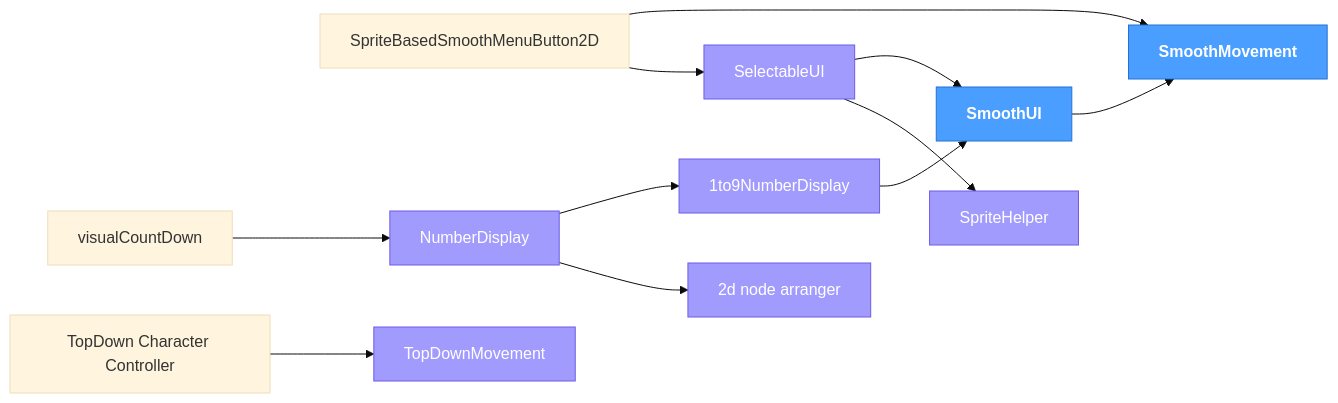
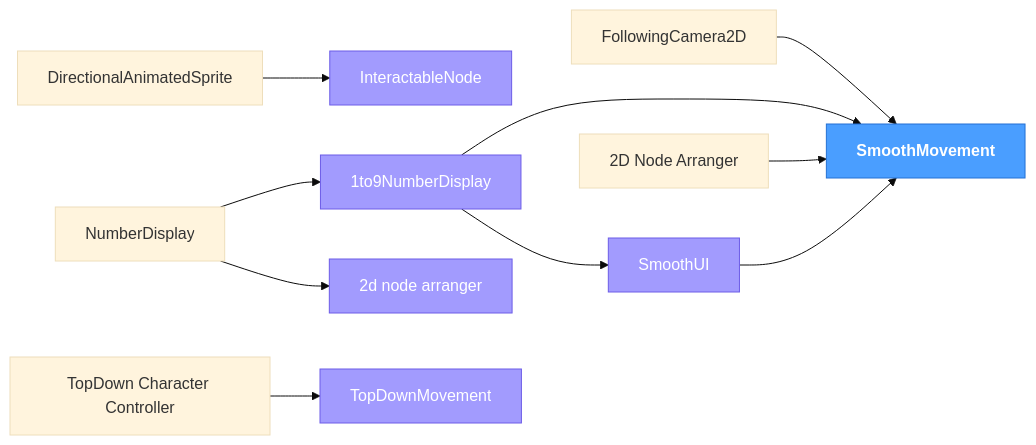
Before and after one commit to ChillCube/.github: the diagram in ADDONS.md, drawn with Mermaid (base theme). The commit also changed other lines of this file, not shown here.

Commit message:
registry: update dependency tree

````diff
--- a/ADDONS.md
+++ b/ADDONS.md
@@ -262,49 +263,46 @@
 ```mermaid
 flowchart LR
     classDef core  fill:#4a9eff,stroke:#2471d4,color:#fff,font-weight:bold
     classDef shared fill:#a29bfe,stroke:#6c5ce7,color:#fff
 
+    DirectionalAnimatedSprite["DirectionalAnimatedSprite"]
+    FollowingCamera2D["FollowingCamera2D"]
     Godot_SmoothMovement["SmoothMovement"]
-    Godot_SpriteBasedSmoothMenuButton2D["SpriteBasedSmoothMenuButton2D"]
     Godot_TopDown_Character_Controller["TopDown Character Controller"]
+    InteractableNode["InteractableNode"]
     n_1to9NumberDisplay["1to9NumberDisplay"]
     n_2d_node_arranger["2d node arranger"]
+    n_2D_Node_Arranger["2D Node Arranger"]
     NumberDisplay["NumberDisplay"]
-    SelectableUI["SelectableUI"]
     SmoothUI["SmoothUI"]
-    SpriteHelper["SpriteHelper"]
     TopDownMovement["TopDownMovement"]
-    visualCountDown["visualCountDown"]
 
-    Godot_SpriteBasedSmoothMenuButton2D --> Godot_SmoothMovement
-    Godot_SpriteBasedSmoothMenuButton2D --> SelectableUI
+    DirectionalAnimatedSprite --> InteractableNode
+    FollowingCamera2D --> Godot_SmoothMovement
     Godot_TopDown_Character_Controller --> TopDownMovement
+    n_1to9NumberDisplay --> Godot_SmoothMovement
     n_1to9NumberDisplay --> SmoothUI
+    n_2D_Node_Arranger --> Godot_SmoothMovement
     NumberDisplay --> n_1to9NumberDisplay
     NumberDisplay --> n_2d_node_arranger
-    SelectableUI --> SmoothUI
-    SelectableUI --> SpriteHelper
     SmoothUI --> Godot_SmoothMovement
-    visualCountDown --> NumberDisplay
 
     class Godot_SmoothMovement core
+    class InteractableNode shared
     class n_1to9NumberDisplay shared
     class n_2d_node_arranger shared
-    class NumberDisplay shared
-    class SelectableUI shared
-    class SmoothUI core
-    class SpriteHelper shared
+    class SmoothUI shared
     class TopDownMovement shared
 
+    click DirectionalAnimatedSprite href "https://github.com/ChillCube/DirectionalAnimatedSprite" _blank
+    click FollowingCamera2D href "https://github.com/ChillCube/FollowingCamera2D" _blank
     click Godot_SmoothMovement href "https://github.com/ChillCube/Godot_SmoothMovement" _blank
-    click Godot_SpriteBasedSmoothMenuButton2D href "https://github.com/ChillCube/Godot_SpriteBasedSmoothMenuButton2D" _blank
     click Godot_TopDown_Character_Controller href "https://github.com/ChillCube/Godot_TopDown_Character_Controller" _blank
+    click InteractableNode href "https://github.com/ChillCube/InteractableNode" _blank
     click n_1to9NumberDisplay href "https://github.com/ChillCube/1to9NumberDisplay" _blank
     click n_2d_node_arranger href "https://github.com/ChillCube/2d_node_arranger" _blank
+    click n_2D_Node_Arranger href "https://github.com/ChillCube/2d_node_arranger" _blank
     click NumberDisplay href "https://github.com/ChillCube/NumberDisplay" _blank
-    click SelectableUI href "https://github.com/ChillCube/SelectableUI" _blank
     click SmoothUI href "https://github.com/ChillCube/SmoothUI" _blank
-    click SpriteHelper href "https://github.com/ChillCube/SpriteHelper" _blank
     click TopDownMovement href "https://github.com/ChillCube/TopDownMovement" _blank
-    click visualCountDown href "https://github.com/ChillCube/visualCountDown" _blank
 ```
````
